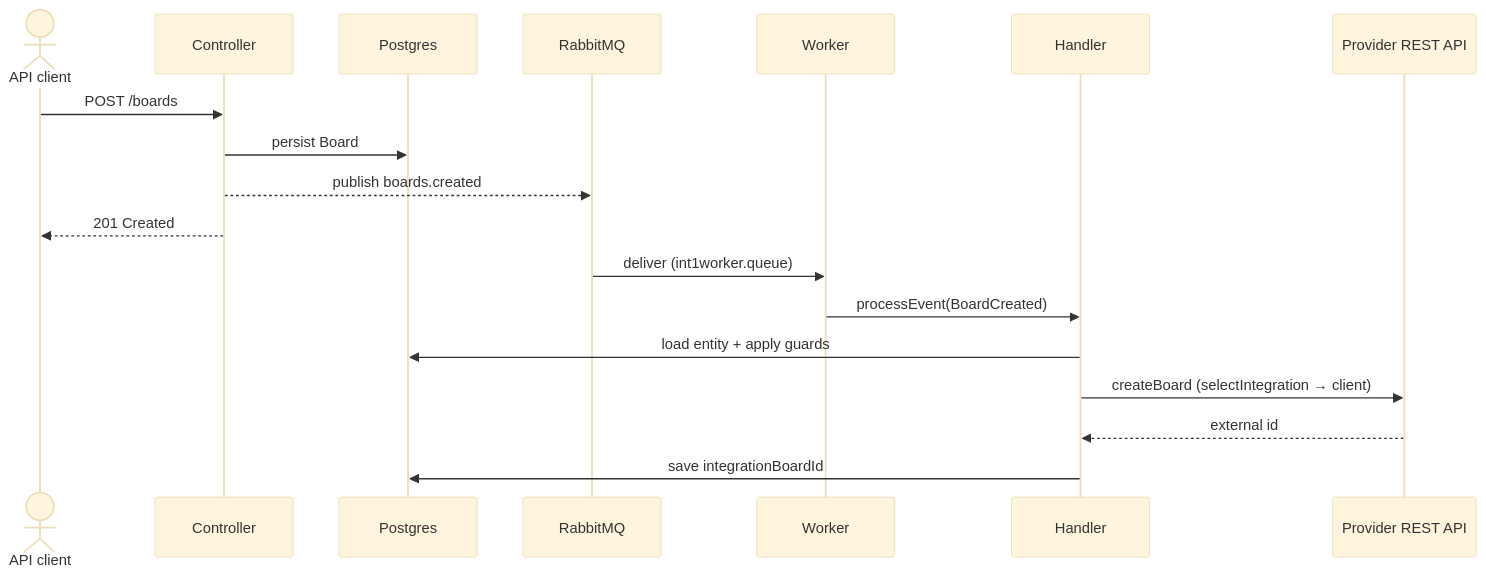
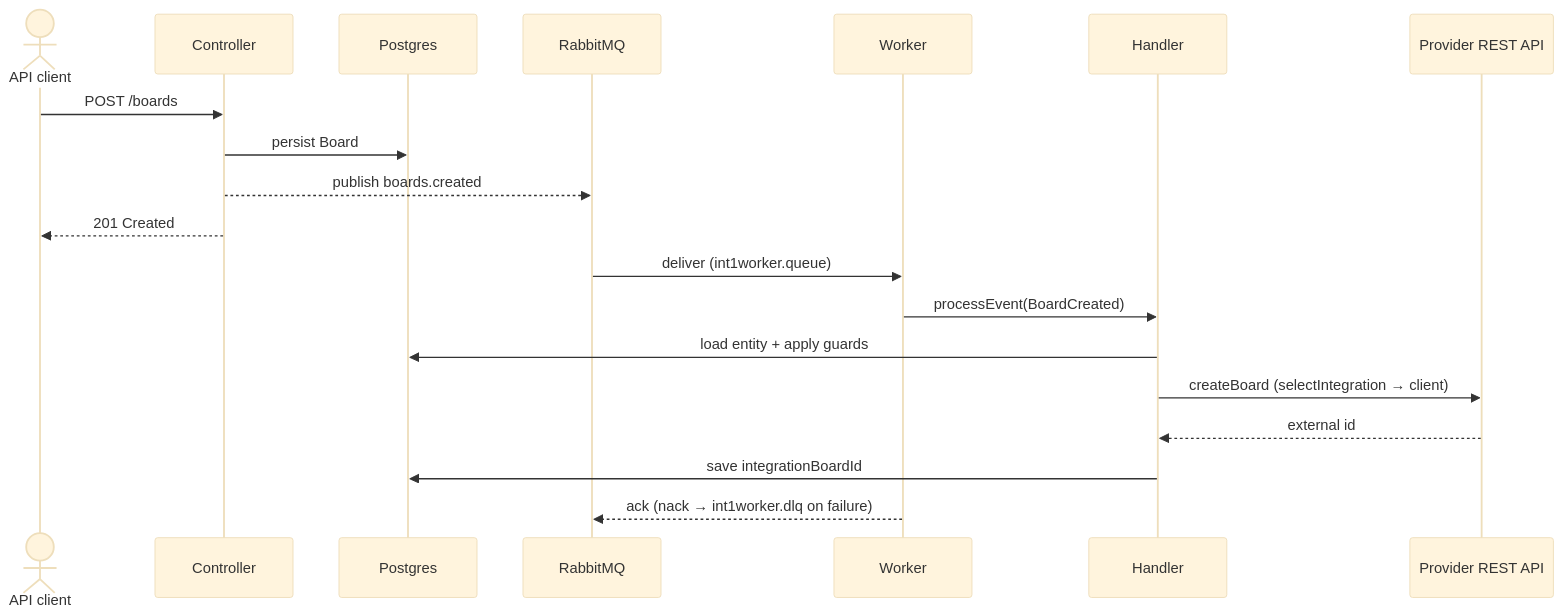
One commit to shrirambalakrishnan/int1 changed the third of 4 diagrams in README.md. Above: the diagram before and after it, drawn with Mermaid (base theme). The commit also changed other lines of this file and 2 other files, not shown here.

First line of the commit message:
Implement DLQ - dead letter exchange     - pushes message to dead letter queue

````diff
--- a/README.md
+++ b/README.md
@@ -107,20 +109,21 @@
 ```mermaid
 sequenceDiagram
     actor U as API client
     participant C as Controller
     participant DB as Postgres
     participant MQ as RabbitMQ
     participant W as Worker
     participant H as Handler
     participant P as Provider REST API
     U->>C: POST /boards
     C->>DB: persist Board
     C-->>MQ: publish boards.created
     C-->>U: 201 Created
     MQ->>W: deliver (int1worker.queue)
     W->>H: processEvent(BoardCreated)
     H->>DB: load entity + apply guards
     H->>P: createBoard (selectIntegration → client)
     P-->>H: external id
     H->>DB: save integrationBoardId
+    W-->>MQ: ack (nack → int1worker.dlq on failure)
 ```
````
